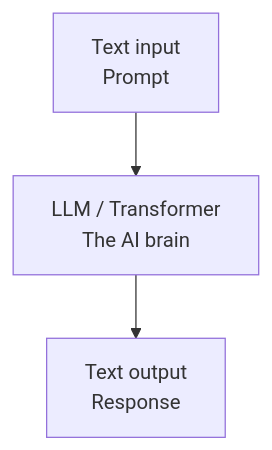
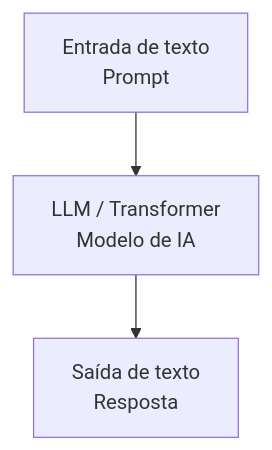
The first of 2 diagrams in _posts/2026-09-10-the-history-of-artificial-intelligence.md (marcos-data-engineer/blog), drawn with Mermaid before and after one commit. The commit also changed other lines of this file and 22 other files, not shown here.

````diff
--- a/_posts/2026-09-10-the-history-of-artificial-intelligence.md
+++ b/_posts/2026-09-10-the-history-of-artificial-intelligence.md
@@ -744,5 +745,5 @@
 ```mermaid
 flowchart TD
-    A[Text input<br/>Prompt] --> B[LLM / Transformer<br/>The AI brain]
-    B --> C[Text output<br/>Response]
+    A[Entrada de texto<br/>Prompt] --> B[LLM / Transformer<br/>Modelo de IA]
+    B --> C[Saída de texto<br/>Resposta]
 ```
````
